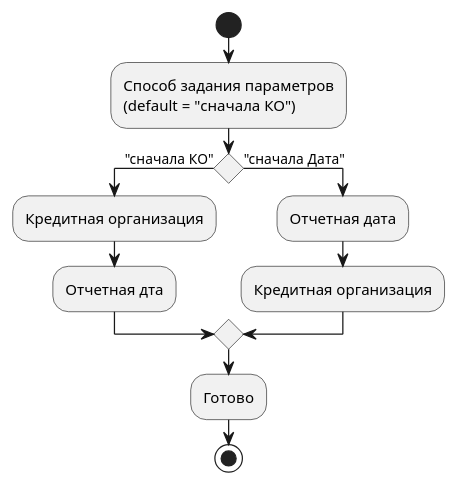
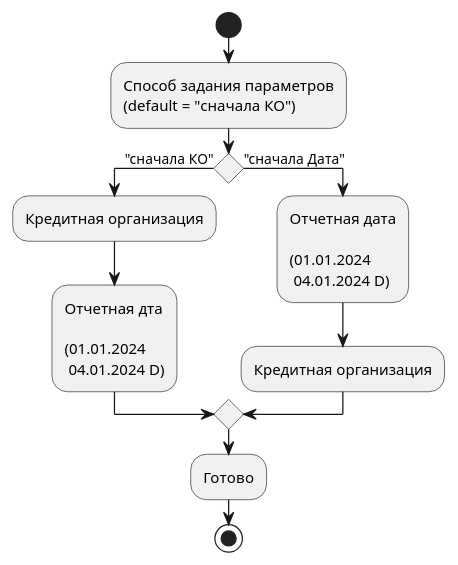
The diagram in src/0409072/promptSelection.plantuml (hheli/hheliDiagrams), drawn with PlantUML before and after one commit.

Commit message:
добавлены примеры  D

```diff
--- a/src/0409072/promptSelection.plantuml
+++ b/src/0409072/promptSelection.plantuml
@@ -1,14 +1,20 @@
 @startuml
 start
 :Способ задания параметров 
 (default = "сначала КО");
 if () then ("cначала КО") 
 :Кредитная организация;
-:Отчетная дта;
+:Отчетная дта
+
+(01.01.2024
+ 04.01.2024 D);
 else ("сначала Дата")
-:Отчетная дата;
+:Отчетная дата
+
+(01.01.2024 
+ 04.01.2024 D);
 :Кредитная организация;
 endif
 :Готово;
 stop 
 @enduml
```
